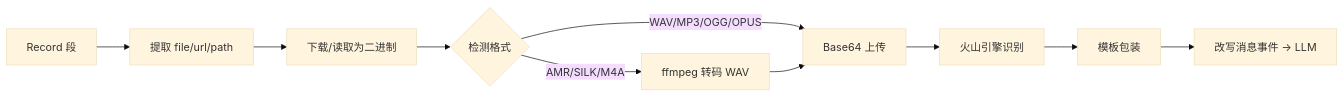
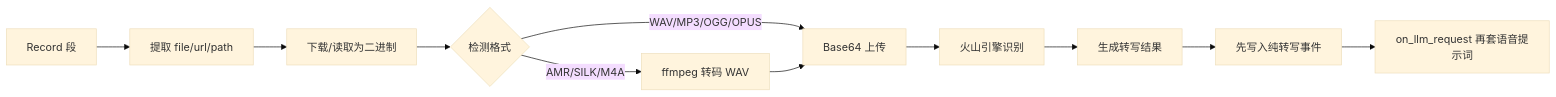
Before and after one commit to Ayleovelle/astrbot_plugin_volcengine_asr: the diagram in README.md, drawn with Mermaid (base theme). The commit also changed other lines of this file and 7 other files, not shown here.

````diff
--- a/README.md
+++ b/README.md
@@ -299,12 +299,13 @@
 ```mermaid
 flowchart LR
     A[Record 段] --> B[提取 file/url/path]
     B --> C[下载/读取为二进制]
     C --> D{检测格式}
     D -->|WAV/MP3/OGG/OPUS| E[Base64 上传]
     D -->|AMR/SILK/M4A| F[ffmpeg 转码 WAV]
     F --> E
     E --> G[火山引擎识别]
-    G --> H[模板包装]
-    H --> I[改写消息事件 → LLM]
+    G --> H[生成转写结果]
+    H --> I[先写入纯转写事件]
+    I --> J[on_llm_request 再套语音提示词]
 ```
````
